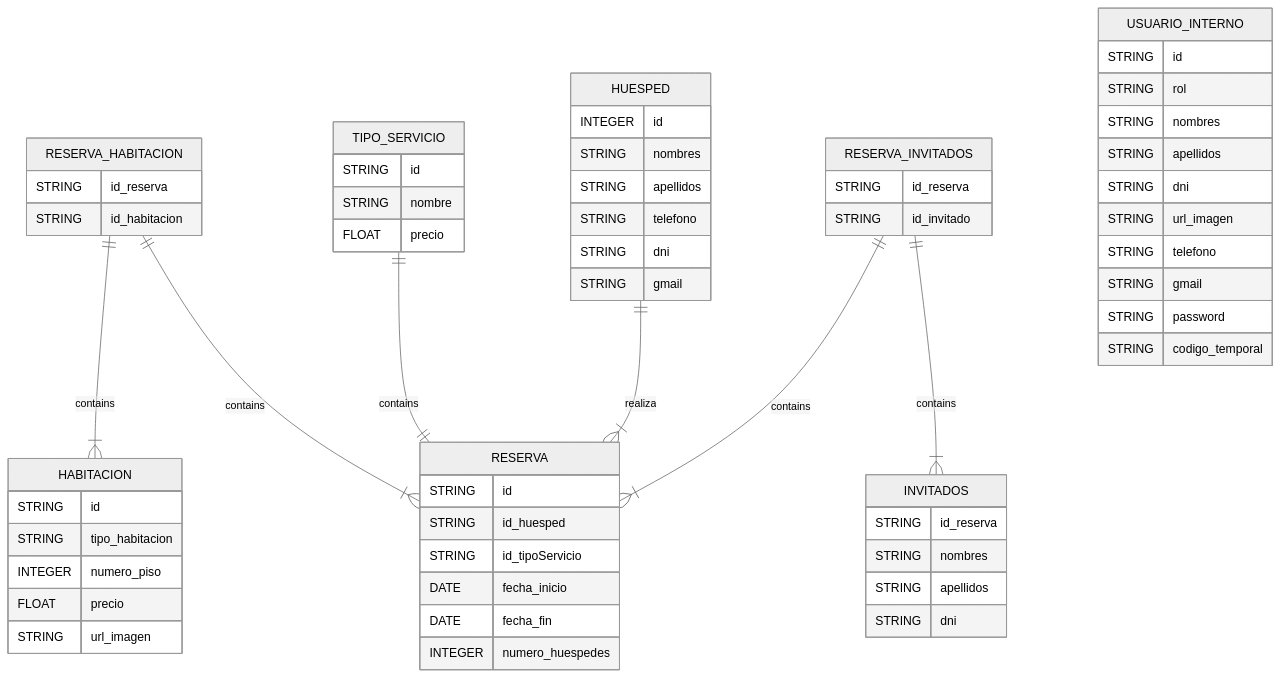
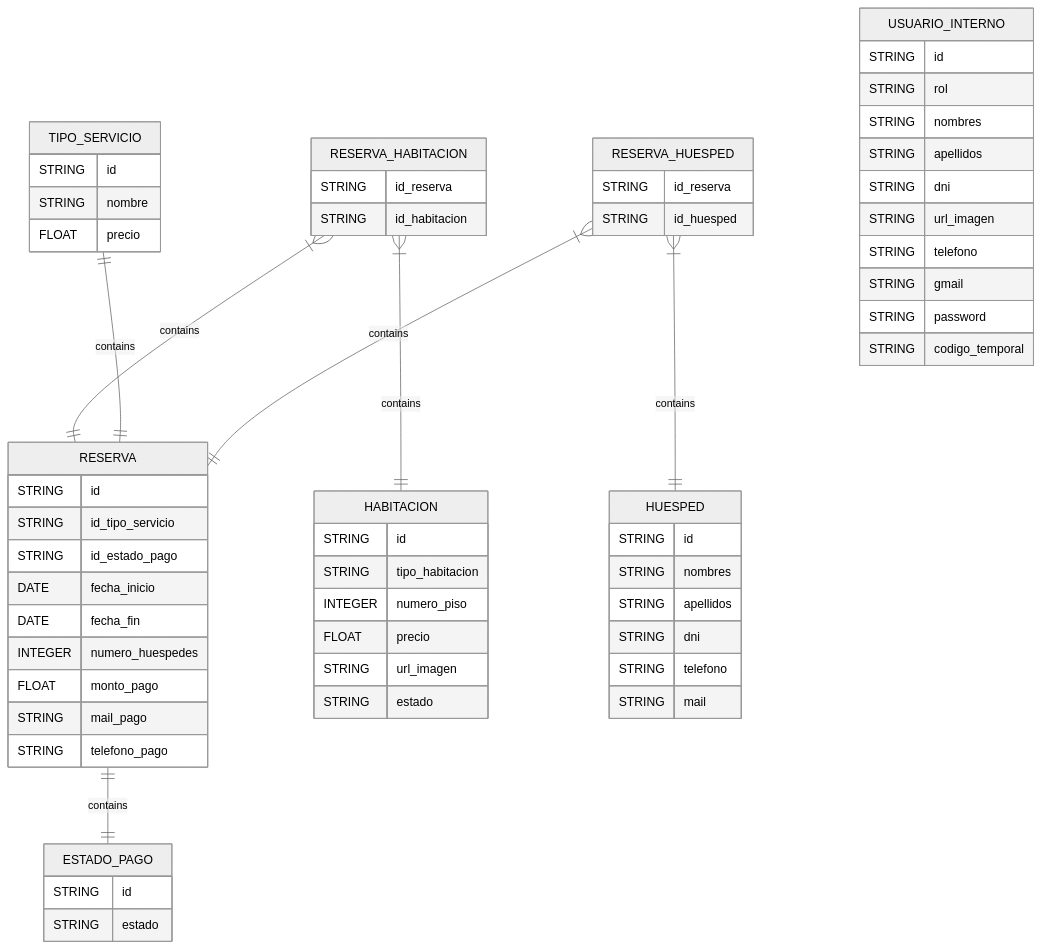
The diagram in README.md (Jmond544/hotel-management-backend), drawn with Mermaid (neutral theme) before and after one commit.

Commit message:
Update RESERVA schema in README.md

````diff
--- a/README.md
+++ b/README.md
@@ -3,74 +3,76 @@
 ```mermaid
 
 erDiagram
 
     RESERVA {
         STRING id
-        STRING id_huesped
-        STRING id_tipoServicio
+        STRING id_tipo_servicio
+        STRING id_estado_pago
         DATE fecha_inicio
         DATE fecha_fin
         INTEGER numero_huespedes
+        FLOAT monto_pago
+        STRING mail_pago
+        STRING telefono_pago
     }
 
     TIPO_SERVICIO {
         STRING id
         STRING nombre
         FLOAT precio
     }
 
     RESERVA_HABITACION {
         STRING id_reserva
         STRING id_habitacion
     }
 
     HABITACION {
         STRING id
         STRING tipo_habitacion
         INTEGER numero_piso
         FLOAT precio
         STRING url_imagen
+        STRING estado
     }
 
     HUESPED {
-        INTEGER id
-        STRING nombres
-        STRING apellidos
-        STRING telefono
-        STRING dni
-        STRING gmail
-    }
-
-    INVITADOS {
-        STRING id_reserva
+        STRING id
         STRING nombres
         STRING apellidos
         STRING dni
+        STRING telefono
+        STRING mail
     }
 
-    RESERVA_INVITADOS {
+    RESERVA_HUESPED {
         STRING id_reserva
-        STRING id_invitado
+        STRING id_huesped
     }
 
     USUARIO_INTERNO {
         STRING id
         STRING rol
         STRING nombres
         STRING apellidos
         STRING dni
         STRING url_imagen
         STRING telefono
         STRING gmail
         STRING password
         STRING codigo_temporal
     }
 
-    RESERVA_HABITACION ||--|{ RESERVA : contains
+    ESTADO_PAGO {
+        STRING id
+        STRING estado
+    }
+
+    RESERVA_HABITACION }|--|| RESERVA : contains
     TIPO_SERVICIO ||--|| RESERVA : contains
-    RESERVA_HABITACION ||--|{ HABITACION : contains
-    HUESPED ||--|{ RESERVA : realiza
-    RESERVA_INVITADOS ||--|{ INVITADOS : contains
-    RESERVA_INVITADOS ||--|{ RESERVA : contains
+    RESERVA_HABITACION }|--|| HABITACION : contains
+    RESERVA_HUESPED }|--|| HUESPED : contains
+    RESERVA_HUESPED }|--|| RESERVA : contains
+    RESERVA ||--|| ESTADO_PAGO : contains
 
 ```
````
